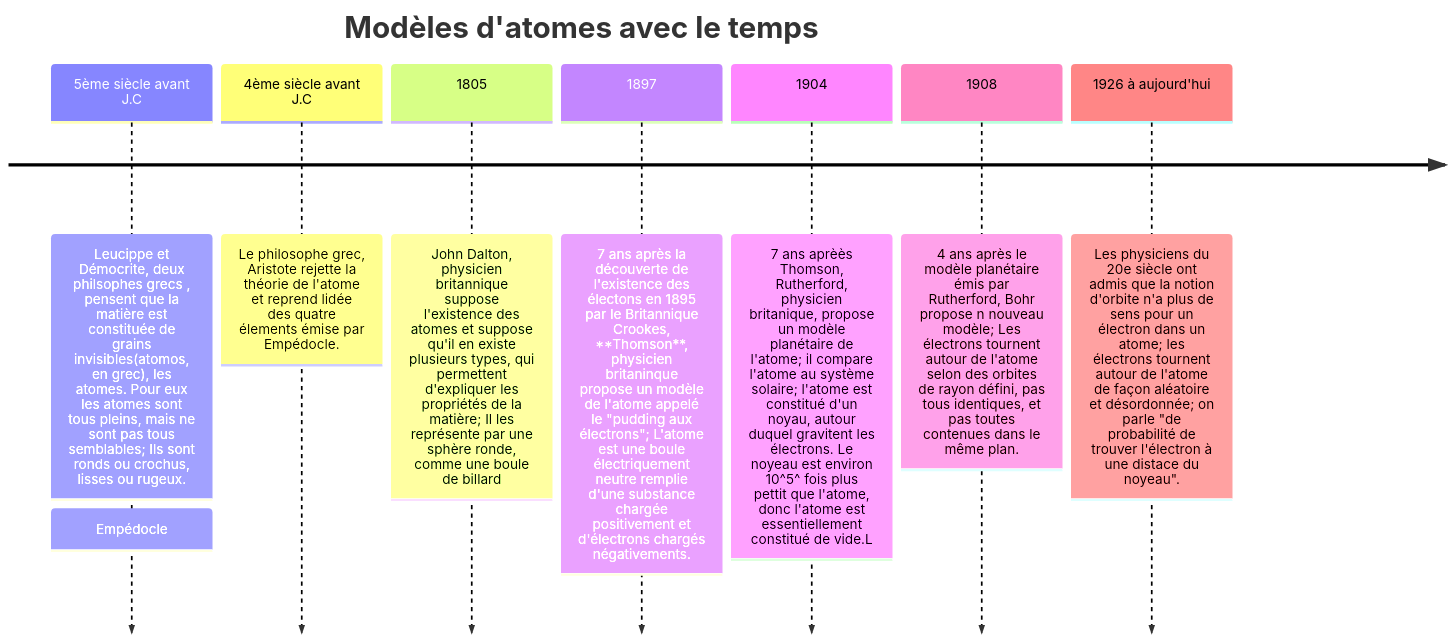
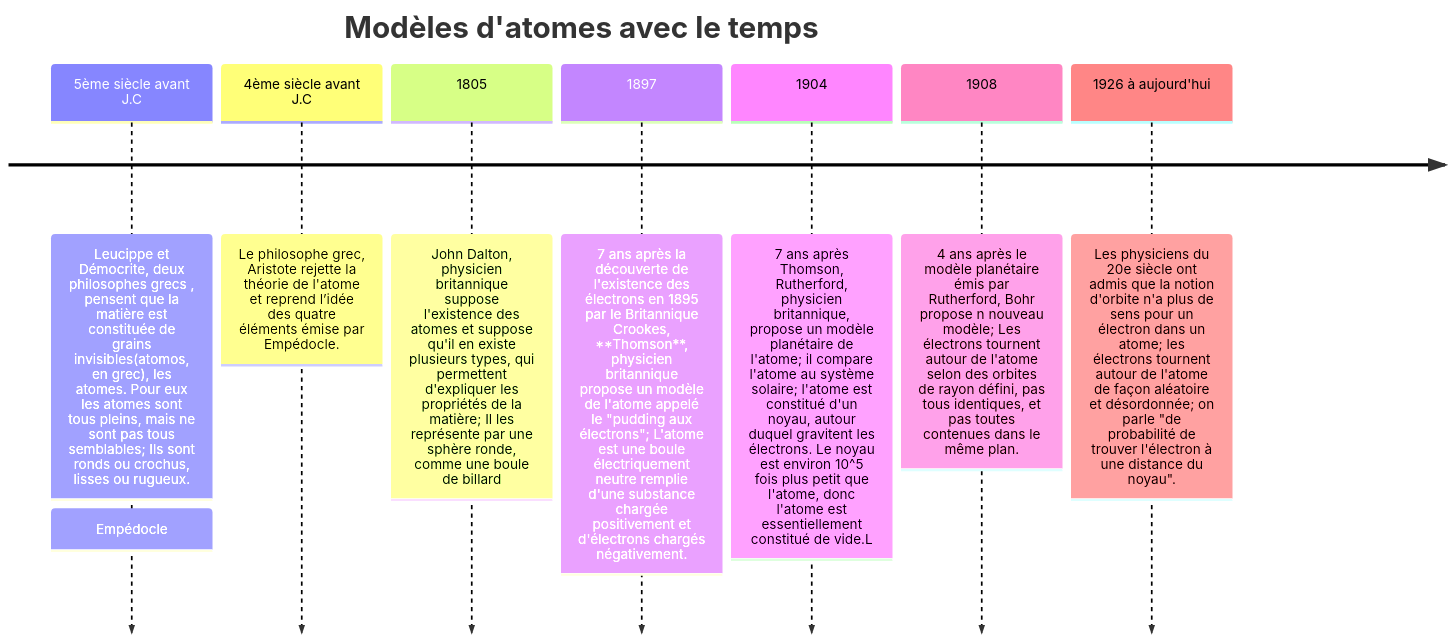
The diagram in docs/physique-chimie/chapter1/main.md (Labfox/Cours), drawn with Mermaid before and after one commit. The commit also changed other lines of this file, not shown here.

````diff
--- a/docs/physique-chimie/chapter1/main.md
+++ b/docs/physique-chimie/chapter1/main.md
@@ -26,12 +26,12 @@
 ```mermaid
 timeline
     title Modèles d'atomes avec le temps
-    5ème siècle avant J.C: Leucippe et Démocrite, deux philsophes grecs , pensent que la matière est constituée de grains invisibles(atomos, en grec), les atomes. Pour eux les atomes sont tous pleins, mais ne sont pas tous semblables; Ils sont ronds ou crochus, lisses ou rugeux.
+    5ème siècle avant J.C: Leucippe et Démocrite, deux philosophes grecs , pensent que la matière est constituée de grains invisibles(atomos, en grec), les atomes. Pour eux les atomes sont tous pleins, mais ne sont pas tous semblables; Ils sont ronds ou crochus, lisses ou rugueux.
     : Empédocle
-    4ème siècle avant J.C: Le philosophe grec, Aristote rejette la théorie de l'atome et reprend lidée des quatre élements émise par Empédocle.
+    4ème siècle avant J.C: Le philosophe grec, Aristote rejette la théorie de l'atome et reprend l’idée des quatre éléments émise par Empédocle.
     1805: John Dalton, physicien britannique suppose l'existence des atomes et suppose qu'il en existe plusieurs types, qui permettent d'expliquer les propriétés de la matière; Il les représente par une sphère ronde, comme une boule de billard
-    1897: 7 ans après la découverte de l'existence des électons en 1895 par le Britannique Crookes, **Thomson**, physicien britaninque propose un modèle de l'atome appelé le "pudding aux électrons"; L'atome est une boule électriquement neutre remplie d'une substance chargée positivement et d'électrons chargés négativements.
-    1904: 7 ans aprèès Thomson, Rutherford, physicien britanique, propose un modèle planétaire de l'atome; il compare l'atome au système solaire; l'atome est constitué d'un noyau, autour duquel gravitent les électrons. Le noyeau est environ 10^5^ fois plus pettit que l'atome, donc l'atome est essentiellement constitué de vide.L
+    1897: 7 ans après la découverte de l'existence des électrons en 1895 par le Britannique Crookes, **Thomson**, physicien britannique propose un modèle de l'atome appelé le "pudding aux électrons"; L'atome est une boule électriquement neutre remplie d'une substance chargée positivement et d'électrons chargés négativement.
+    1904: 7 ans après Thomson, Rutherford, physicien britannique, propose un modèle planétaire de l'atome; il compare l'atome au système solaire; l'atome est constitué d'un noyau, autour duquel gravitent les électrons. Le noyau est environ 10^5 fois plus petit que l'atome, donc l'atome est essentiellement constitué de vide.L
     1908: 4 ans après le modèle planétaire émis par Rutherford, Bohr propose n nouveau modèle; Les électrons tournent autour de l'atome selon des orbites de rayon défini, pas tous identiques, et pas toutes contenues dans le même plan.
-    1926 à aujourd'hui: Les physiciens du 20e siècle ont admis que la notion d'orbite n'a plus de sens pour un électron dans un atome; les électrons tournent autour de l'atome de façon aléatoire et désordonnée; on parle "de probabilité de trouver l'électron à une distace du noyeau". 
+    1926 à aujourd'hui: Les physiciens du 20e siècle ont admis que la notion d'orbite n'a plus de sens pour un électron dans un atome; les électrons tournent autour de l'atome de façon aléatoire et désordonnée; on parle "de probabilité de trouver l'électron à une distance du noyau". 
 ```
````
